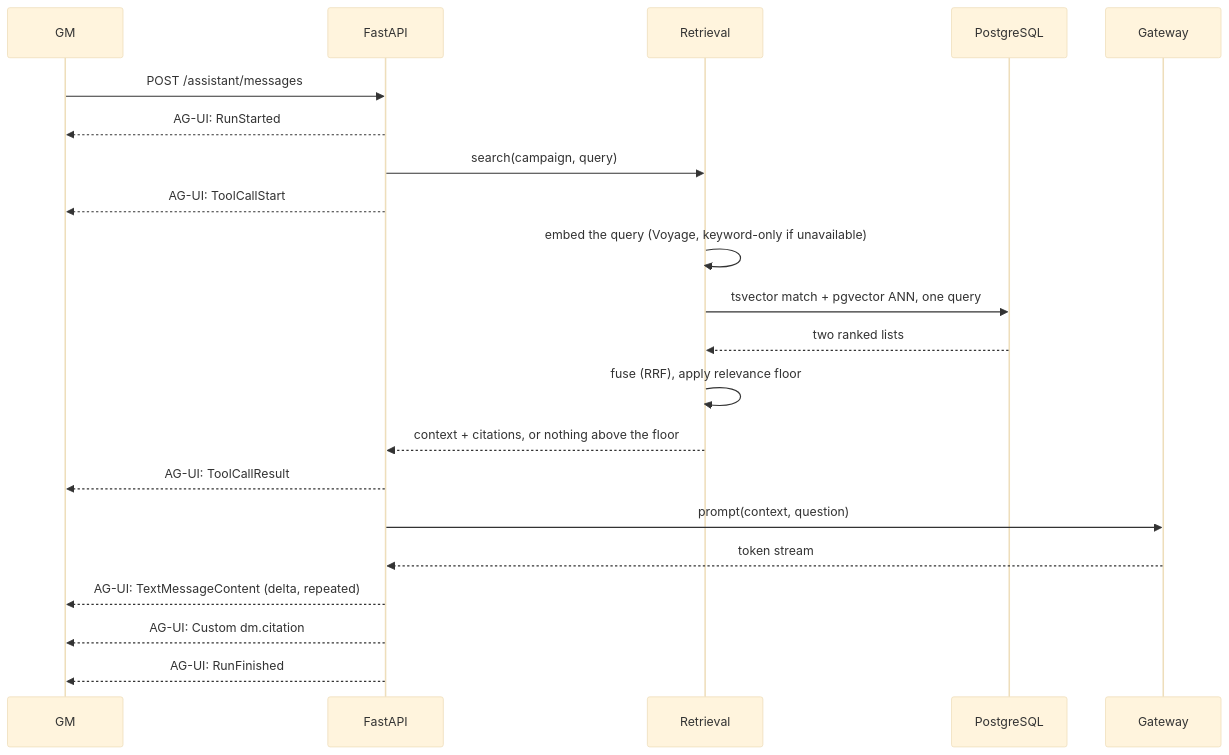
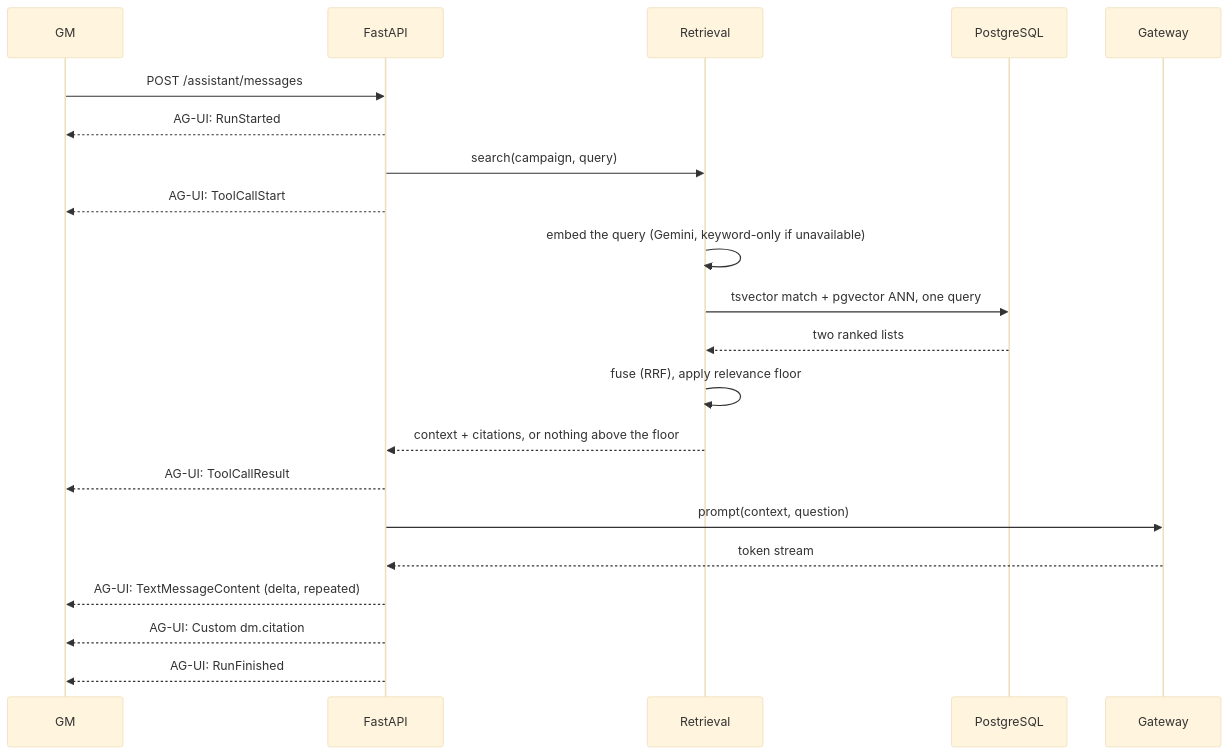
One commit to PiotrMieszczak/Quillbert changed the third of 4 diagrams in docs/architecture.md. Above: the diagram before and after it, drawn with Mermaid (base theme). The commit also changed other lines of this file and 50 other files, not shown here.

````diff
--- a/docs/architecture.md
+++ b/docs/architecture.md
@@ -151,24 +162,24 @@
 ```mermaid
 sequenceDiagram
     participant U as GM
     participant API as FastAPI
     participant R as Retrieval
     participant DB as PostgreSQL
     participant GW as Gateway
 
     U->>API: POST /assistant/messages
     API-->>U: AG-UI: RunStarted
     API->>R: search(campaign, query)
     API-->>U: AG-UI: ToolCallStart
-    R->>R: embed the query (Voyage, keyword-only if unavailable)
+    R->>R: embed the query (Gemini, keyword-only if unavailable)
     R->>DB: tsvector match + pgvector ANN, one query
     DB-->>R: two ranked lists
     R->>R: fuse (RRF), apply relevance floor
     R-->>API: context + citations, or nothing above the floor
     API-->>U: AG-UI: ToolCallResult
     API->>GW: prompt(context, question)
     GW-->>API: token stream
     API-->>U: AG-UI: TextMessageContent (delta, repeated)
     API-->>U: AG-UI: Custom dm.citation
     API-->>U: AG-UI: RunFinished
 ```
````
